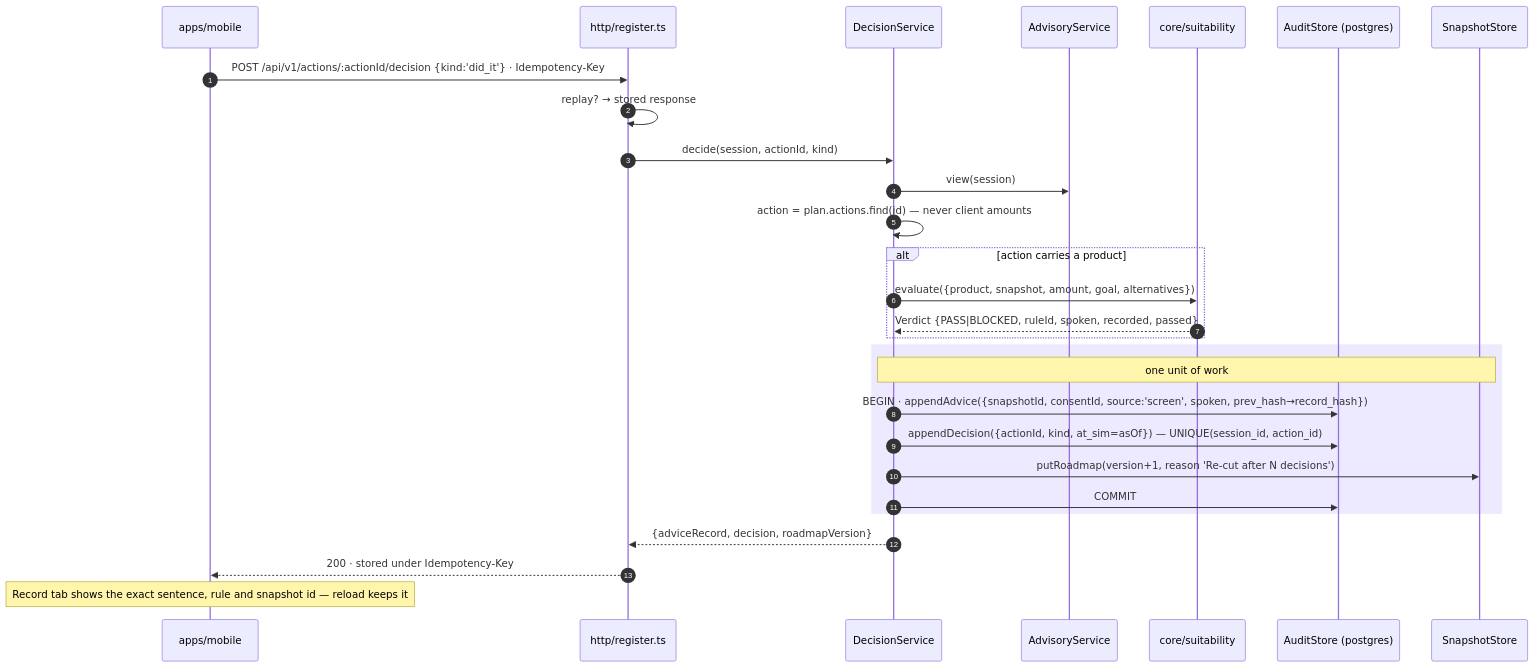
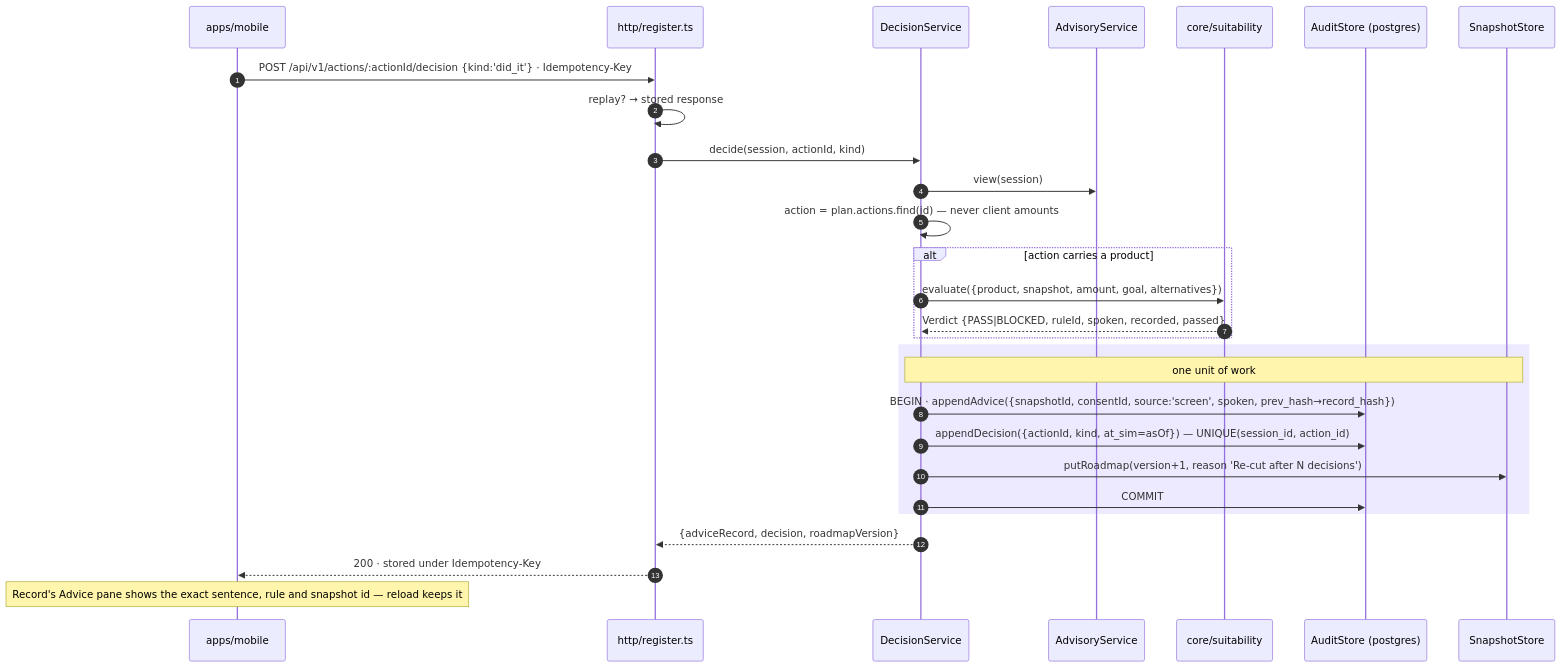
The third of 6 diagrams in docs/architecture/lifecycles.md (dhan-sarthi/dhan-sarthi), drawn with Mermaid before and after one commit. The commit also changed other lines of this file and 26 other files, not shown here.

````diff
--- a/docs/architecture/lifecycles.md
+++ b/docs/architecture/lifecycles.md
@@ -88,30 +95,30 @@
 ```mermaid
 sequenceDiagram
     autonumber
     participant B as apps/mobile
     participant H as http/register.ts
     participant D as DecisionService
     participant A as AdvisoryService
     participant K as core/suitability
     participant AU as AuditStore (postgres)
     participant SS as SnapshotStore
     B->>H: POST /api/v1/actions/:actionId/decision {kind:'did_it'} · Idempotency-Key
     H->>H: replay? → stored response
     H->>D: decide(session, actionId, kind)
     D->>A: view(session)
     D->>D: action = plan.actions.find(id) — never client amounts
     alt action carries a product
         D->>K: evaluate({product, snapshot, amount, goal, alternatives})
         K-->>D: Verdict {PASS|BLOCKED, ruleId, spoken, recorded, passed}
     end
     rect rgba(111, 76, 255, 0.12)
         Note over D,SS: one unit of work
         D->>AU: BEGIN · appendAdvice({snapshotId, consentId, source:'screen', spoken, prev_hash→record_hash})
         D->>AU: appendDecision({actionId, kind, at_sim=asOf}) — UNIQUE(session_id, action_id)
         D->>SS: putRoadmap(version+1, reason 'Re-cut after N decisions')
         D->>AU: COMMIT
     end
     D-->>H: {adviceRecord, decision, roadmapVersion}
     H-->>B: 200 · stored under Idempotency-Key
-    Note over B: Record tab shows the exact sentence, rule and snapshot id — reload keeps it
+    Note over B: Record's Advice pane shows the exact sentence, rule and snapshot id — reload keeps it
 ```
````
